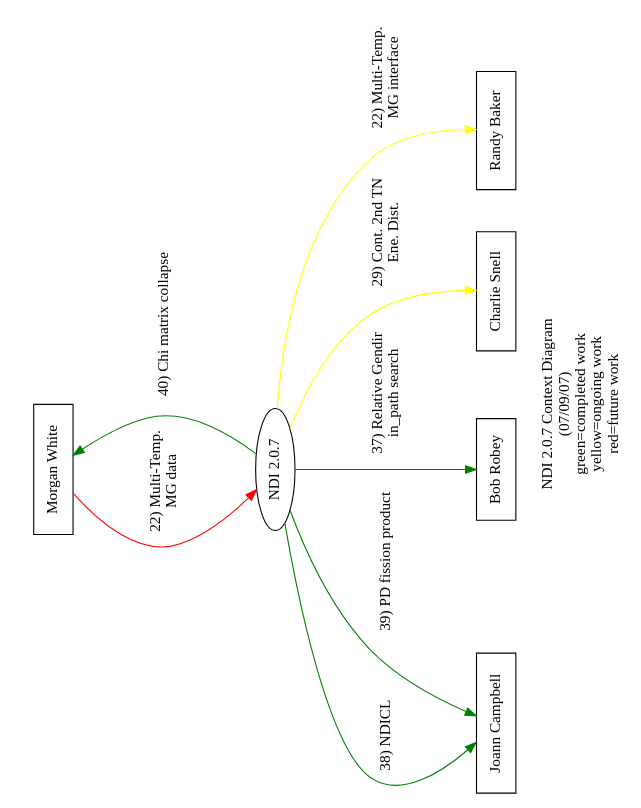
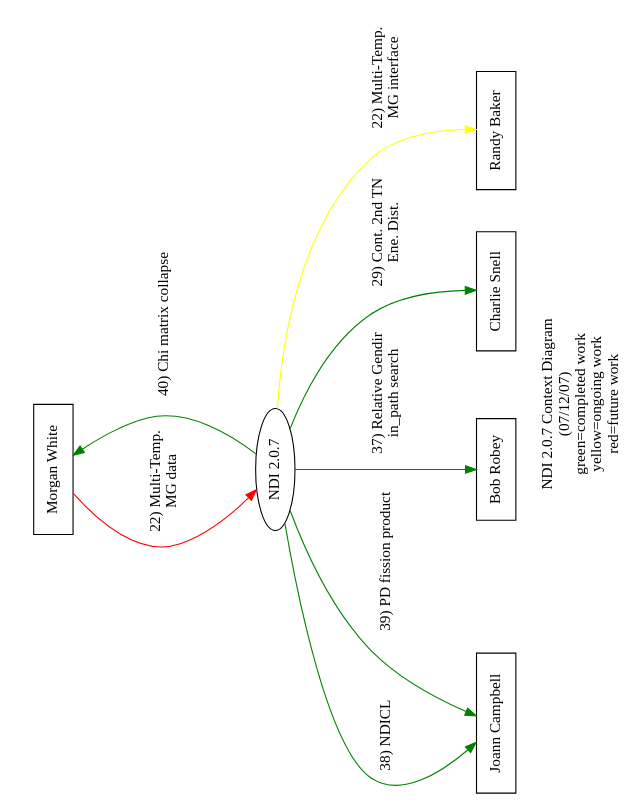
Before and after one commit to lanl/ndi: the diagram in doc/reqt/context_2.0.7.dot, drawn with Graphviz.

Commit message:
updated context

```diff
--- a/doc/reqt/context_2.0.7.dot
+++ b/doc/reqt/context_2.0.7.dot
@@ -1,28 +1,28 @@
 digraph ndi {
 	rotate=90;
 	page="8.5, 11";
 	size="9, 6.5";
 	center=1;
 	ratio=fill;	
-	label="NDI 2.0.7 Context Diagram\n(07/09/07)\ngreen=completed work\nyellow=ongoing work\nred=future work";
+	label="NDI 2.0.7 Context Diagram\n(07/12/07)\ngreen=completed work\nyellow=ongoing work\nred=future work";
 	node[shape="box"];
 
 	/* stakeholders */
 	morgan[label="Morgan White"];
 	jomc[label="Joann Campbell"];
 	brobey[label="Bob Robey"];
 	snell[label="Charlie Snell"];
 	rsb[label="Randy Baker"];
 
 	/* project */
 	ndi[label="NDI 2.0.7", shape="ellipse"];
 	
 	morgan -> ndi[label="22) Multi-Temp.\n MG data", color=red];
 	ndi -> morgan[label="40) Chi matrix collapse", color=green];
 	ndi -> rsb[label="22) Multi-Temp.\nMG interface", color=yellow];
 	ndi -> jomc[label="38) NDICL", color=green];
 	ndi -> brobey[label="37) Relative Gendir\n in_path search", color=green];
-	ndi -> snell[label="29) Cont. 2nd TN\n Ene. Dist.", color=yellow];
+	ndi -> snell[label="29) Cont. 2nd TN\n Ene. Dist.", color=green];
 	ndi -> jomc[label="39) PD fission product", color=green];
 
 }
```
